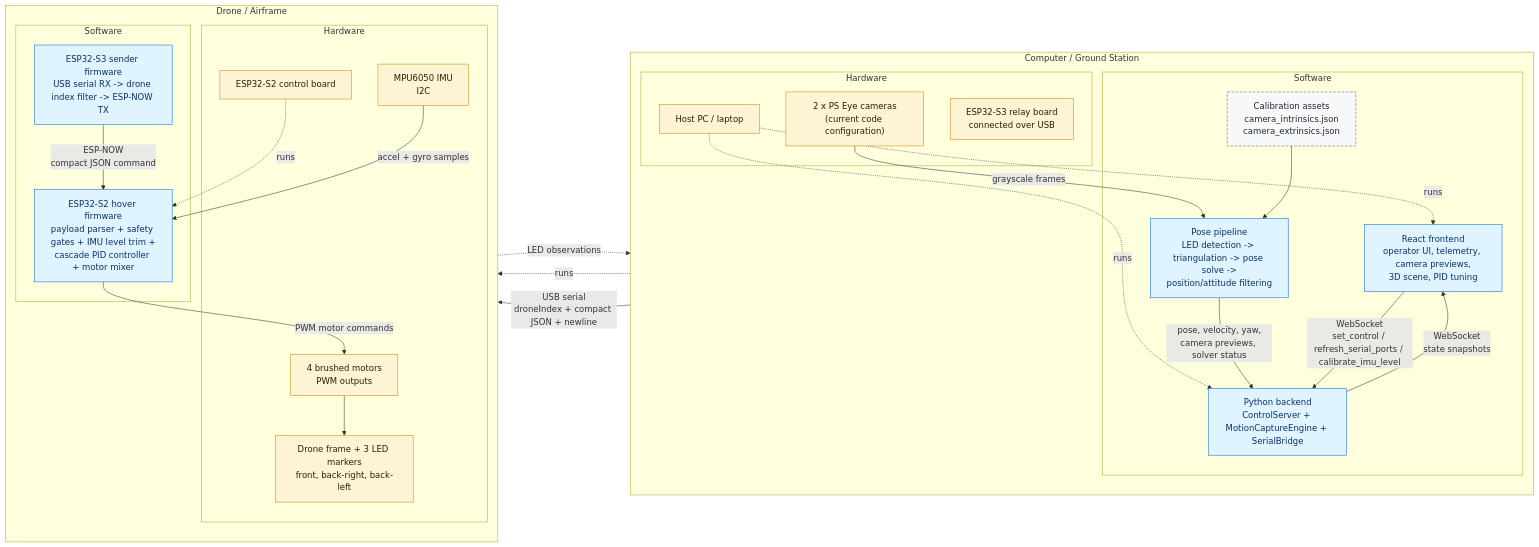
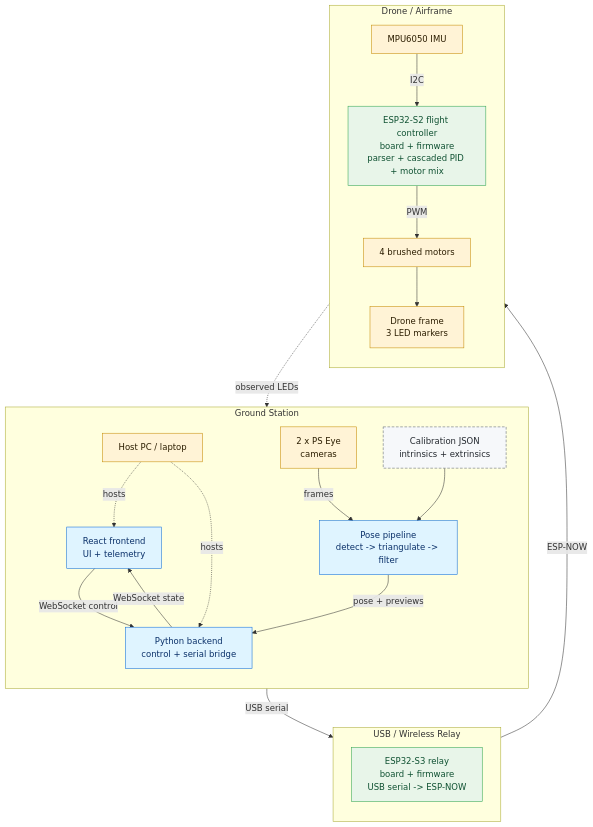
The diagram in docs/architecture-diagram.mmd (josezhz/final-year-project), drawn with Mermaid before and after one commit. The commit also changed 1 other file, not shown here.

Commit message:
Refactor architecture diagrams for clarity and consistency in component representation

```diff
--- a/docs/architecture-diagram.mmd
+++ b/docs/architecture-diagram.mmd
@@ -1,57 +1,49 @@
-flowchart LR
+flowchart TB
   classDef hardware fill:#FFF3D6,stroke:#C58A00,color:#2B1D00;
   classDef software fill:#DFF4FF,stroke:#0969DA,color:#0A3069;
+  classDef embedded fill:#E8F5E9,stroke:#2DA44E,color:#0F5132;
   classDef artifact fill:#F6F8FA,stroke:#57606A,color:#24292F,stroke-dasharray: 5 3;
 
-  subgraph COMPUTER["Computer / Ground Station"]
+  subgraph GROUND["Ground Station"]
     direction TB
-    subgraph C_HW["Hardware"]
-      HOST["Host PC / laptop"]
-      CAMS["2 x PS Eye cameras<br/>(current code configuration)"]
-      S3BOARD["ESP32-S3 relay board<br/>connected over USB"]
-    end
+    HOST["Host PC / laptop"]
+    CAMS["2 x PS Eye<br/>cameras"]
+    FRONTEND["React frontend<br/>UI + telemetry"]
+    BACKEND["Python backend<br/>control + serial bridge"]
+    PIPELINE["Pose pipeline<br/>detect -> triangulate -> filter"]
+    CAL["Calibration JSON<br/>intrinsics + extrinsics"]
 
-    subgraph C_SW["Software"]
-      FRONTEND["React frontend<br/>operator UI, telemetry, camera previews,<br/>3D scene, PID tuning"]
-      BACKEND["Python backend<br/>ControlServer + MotionCaptureEngine + SerialBridge"]
-      PIPELINE["Pose pipeline<br/>LED detection -> triangulation -> pose solve -><br/>position/attitude filtering"]
-      CAL["Calibration assets<br/>camera_intrinsics.json<br/>camera_extrinsics.json"]
-    end
+    HOST -. hosts .-> FRONTEND
+    HOST -. hosts .-> BACKEND
+    CAMS -->|frames| PIPELINE
+    CAL --> PIPELINE
+    PIPELINE -->|pose + previews| BACKEND
+    FRONTEND -->|WebSocket control| BACKEND
+    BACKEND -->|WebSocket state| FRONTEND
+  end
+
+  subgraph RELAY["USB / Wireless Relay"]
+    direction TB
+    S3RELAY["ESP32-S3 relay<br/>board + firmware<br/>USB serial -> ESP-NOW"]
   end
 
   subgraph DRONE["Drone / Airframe"]
     direction TB
-    subgraph D_HW["Hardware"]
-      S2BOARD["ESP32-S2 control board"]
-      IMU["MPU6050 IMU<br/>I2C"]
-      MOTORS["4 brushed motors<br/>PWM outputs"]
-      FRAME["Drone frame + 3 LED markers<br/>front, back-right, back-left"]
-    end
+    FRAME["Drone frame<br/>3 LED markers"]
+    S2CTRL["ESP32-S2 flight controller<br/>board + firmware<br/>parser + cascaded PID + motor mix"]
+    IMU["MPU6050 IMU"]
+    MOTORS["4 brushed motors"]
 
-    subgraph D_SW["Software"]
-      S3FW["ESP32-S3 sender firmware<br/>USB serial RX -> drone index filter -> ESP-NOW TX"]
-      S2FW["ESP32-S2 hover firmware<br/>payload parser + safety gates + IMU level trim +<br/>cascade PID controller + motor mixer"]
-    end
+    IMU -->|I2C| S2CTRL
+    S2CTRL -->|PWM| MOTORS
+    MOTORS --> FRAME
   end
 
-  HOST -. runs .-> FRONTEND
-  HOST -. runs .-> BACKEND
-  S3BOARD -. runs .-> S3FW
-  S2BOARD -. runs .-> S2FW
+  BACKEND -->|USB serial| S3RELAY
+  S3RELAY -->|ESP-NOW| S2CTRL
+  FRAME -. observed LEDs .-> CAMS
 
-  CAMS -->|grayscale frames| PIPELINE
-  CAL --> PIPELINE
-  PIPELINE -->|pose, velocity, yaw,<br/>camera previews, solver status| BACKEND
-
-  FRONTEND -->|WebSocket<br/>set_control / refresh_serial_ports / calibrate_imu_level| BACKEND
-  BACKEND -->|WebSocket<br/>state snapshots| FRONTEND
-  BACKEND -->|USB serial<br/>droneIndex + compact JSON + newline| S3FW
-  S3FW -->|ESP-NOW<br/>compact JSON command| S2FW
-  IMU -->|accel + gyro samples| S2FW
-  S2FW -->|PWM motor commands| MOTORS
-  MOTORS --> FRAME
-  FRAME -. LED observations .-> CAMS
-
-  class HOST,CAMS,S3BOARD,S2BOARD,IMU,MOTORS,FRAME hardware;
-  class FRONTEND,BACKEND,PIPELINE,S3FW,S2FW software;
+  class HOST,CAMS,IMU,MOTORS,FRAME hardware;
+  class FRONTEND,BACKEND,PIPELINE software;
+  class S3RELAY,S2CTRL embedded;
   class CAL artifact;
```
